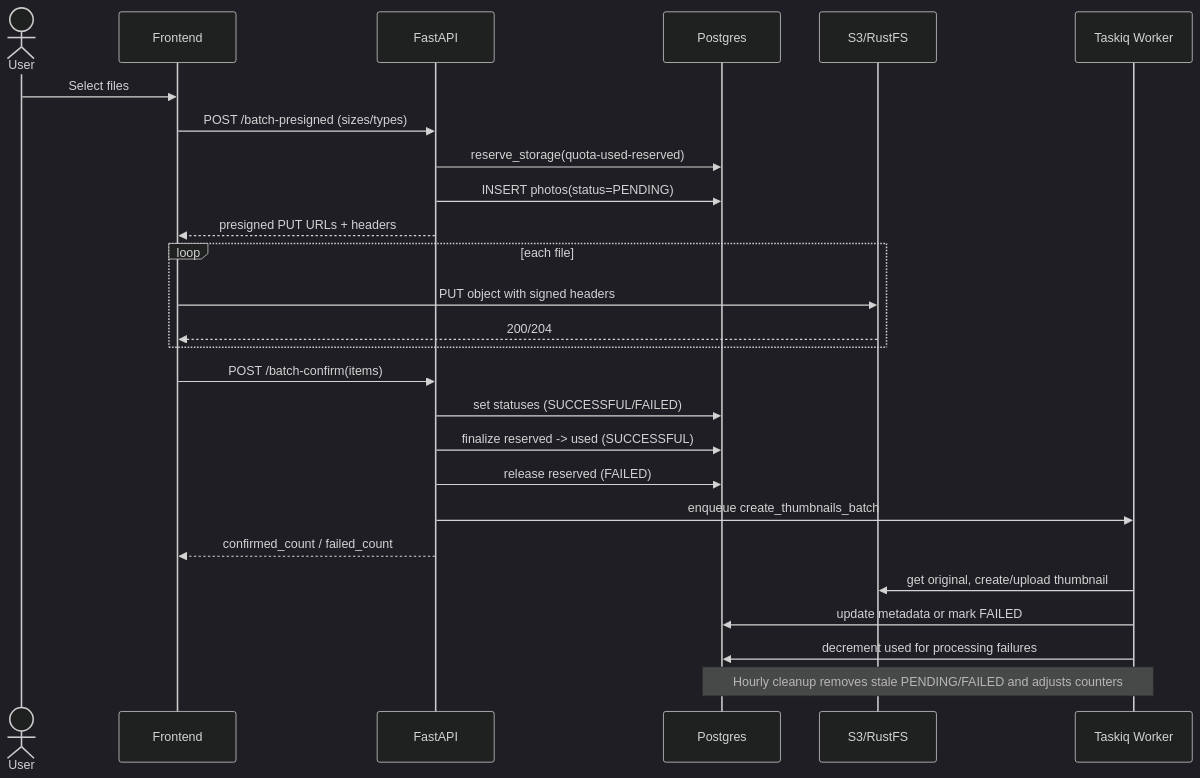
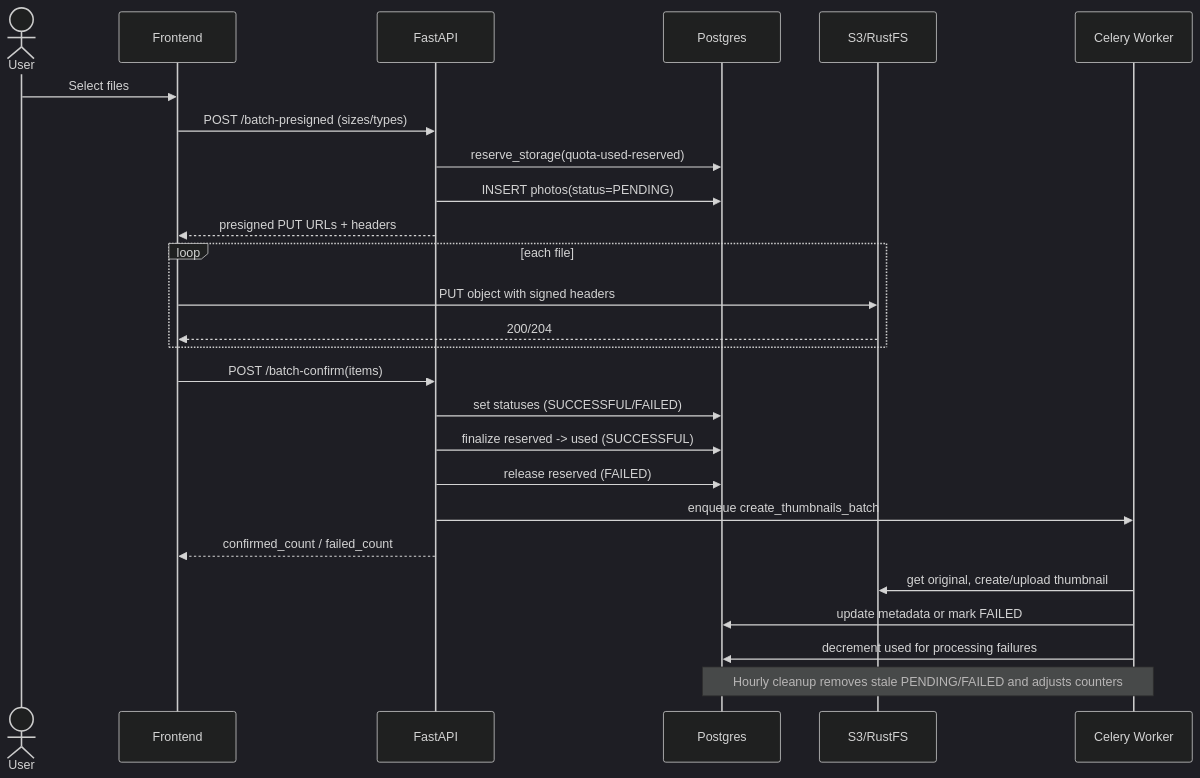
One commit to SamuraJey/viewport changed the diagram in docs/backend/quotas.md. Above: the diagram before and after it, drawn with Mermaid (dark theme). The commit also changed other lines of this file and 14 other files, not shown here.

````diff
--- a/docs/backend/quotas.md
+++ b/docs/backend/quotas.md
@@ -112,33 +112,33 @@
 ```mermaid
 sequenceDiagram
     actor U as User
     participant FE as Frontend
     participant API as FastAPI
     participant DB as Postgres
     participant S3 as S3/RustFS
-    participant W as Taskiq Worker
+    participant W as Celery Worker
 
     U->>FE: Select files
     FE->>API: POST /batch-presigned (sizes/types)
     API->>DB: reserve_storage(quota-used-reserved)
     API->>DB: INSERT photos(status=PENDING)
     API-->>FE: presigned PUT URLs + headers
 
     loop each file
         FE->>S3: PUT object with signed headers
         S3-->>FE: 200/204
     end
 
     FE->>API: POST /batch-confirm(items)
     API->>DB: set statuses (SUCCESSFUL/FAILED)
     API->>DB: finalize reserved -> used (SUCCESSFUL)
     API->>DB: release reserved (FAILED)
     API->>W: enqueue create_thumbnails_batch
     API-->>FE: confirmed_count / failed_count
 
     W->>S3: get original, create/upload thumbnail
     W->>DB: update metadata or mark FAILED
     W->>DB: decrement used for processing failures
 
     Note over W,DB: Hourly cleanup removes stale PENDING/FAILED and adjusts counters
 ```
````
